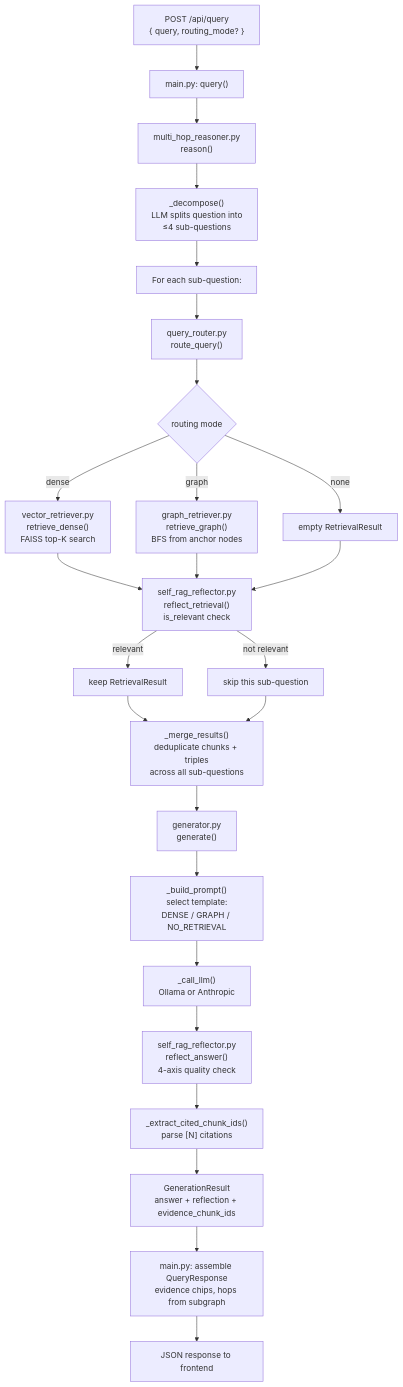
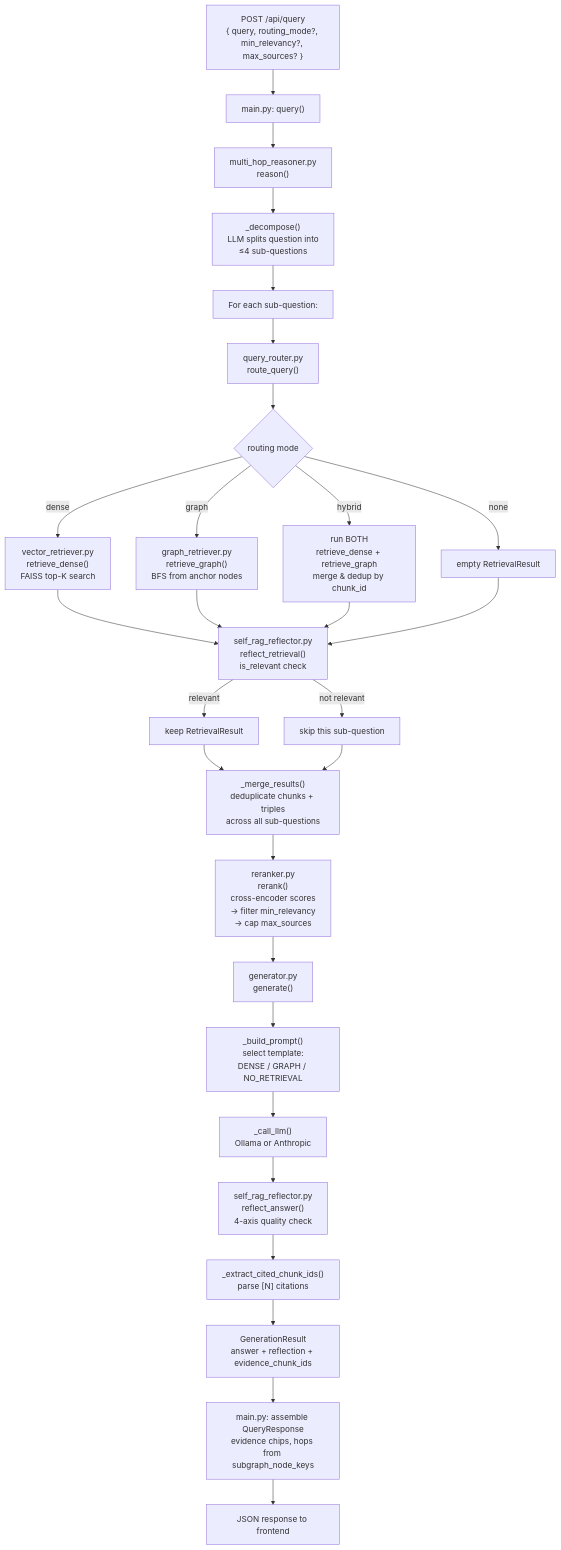
Before and after one commit to karaberke/luminrag: the eighth of 12 diagrams in code_logic.md, drawn with Mermaid. The commit also changed other lines of this file and 32 other files, not shown here.

````diff
--- a/code_logic.md
+++ b/code_logic.md
@@ -198,35 +205,38 @@
 ```mermaid
 flowchart TD
-    A["POST /api/query\n{ query, routing_mode? }"] --> B["main.py: query()"]
+    A["POST /api/query\n{ query, routing_mode?, min_relevancy?, max_sources? }"] --> B["main.py: query()"]
     B --> C["multi_hop_reasoner.py\nreason()"]
 
     C --> D["_decompose()\nLLM splits question into\n≤4 sub-questions"]
     D --> E["For each sub-question:"]
 
     E --> F["query_router.py\nroute_query()"]
     F --> G{routing mode}
 
     G -->|dense| H["vector_retriever.py\nretrieve_dense()\nFAISS top-K search"]
     G -->|graph| I["graph_retriever.py\nretrieve_graph()\nBFS from anchor nodes"]
+    G -->|hybrid| HG["run BOTH\nretrieve_dense + retrieve_graph\nmerge & dedup by chunk_id"]
     G -->|none| J["empty RetrievalResult"]
 
     H --> K["self_rag_reflector.py\nreflect_retrieval()\nis_relevant check"]
     I --> K
+    HG --> K
     J --> K
 
     K -->|not relevant| L["skip this sub-question"]
     K -->|relevant| M["keep RetrievalResult"]
 
     M --> N["_merge_results()\ndeduplicate chunks + triples\nacross all sub-questions"]
     L --> N
 
-    N --> O["generator.py\ngenerate()"]
+    N --> RR["reranker.py\nrerank()\ncross-encoder scores\n→ filter min_relevancy\n→ cap max_sources"]
+    RR --> O["generator.py\ngenerate()"]
     O --> P["_build_prompt()\nselect template:\nDENSE / GRAPH / NO_RETRIEVAL"]
     P --> Q["_call_llm()\nOllama or Anthropic"]
     Q --> R["self_rag_reflector.py\nreflect_answer()\n4-axis quality check"]
     R --> S["_extract_cited_chunk_ids()\nparse [N] citations"]
     S --> T["GenerationResult\nanswer + reflection + evidence_chunk_ids"]
 
-    T --> U["main.py: assemble QueryResponse\nevidence chips, hops from subgraph"]
+    T --> U["main.py: assemble QueryResponse\nevidence chips, hops from subgraph_node_keys"]
     U --> V["JSON response to frontend"]
 ```
````
